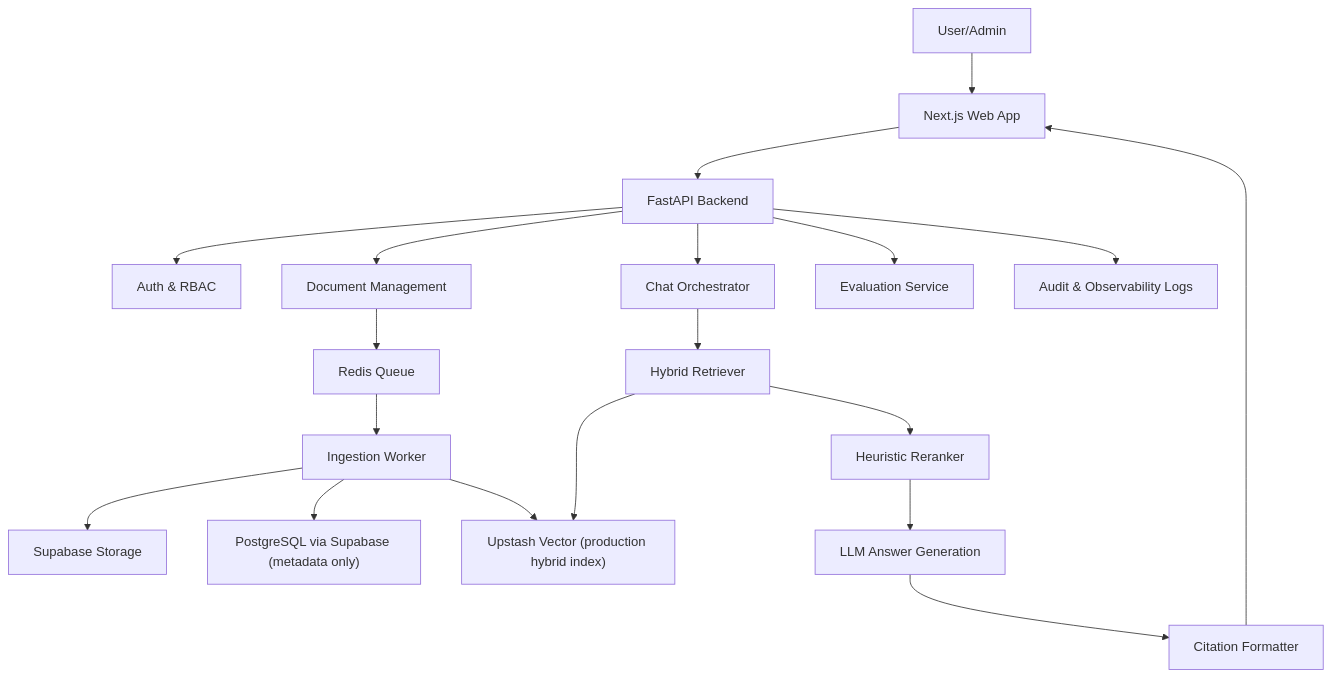
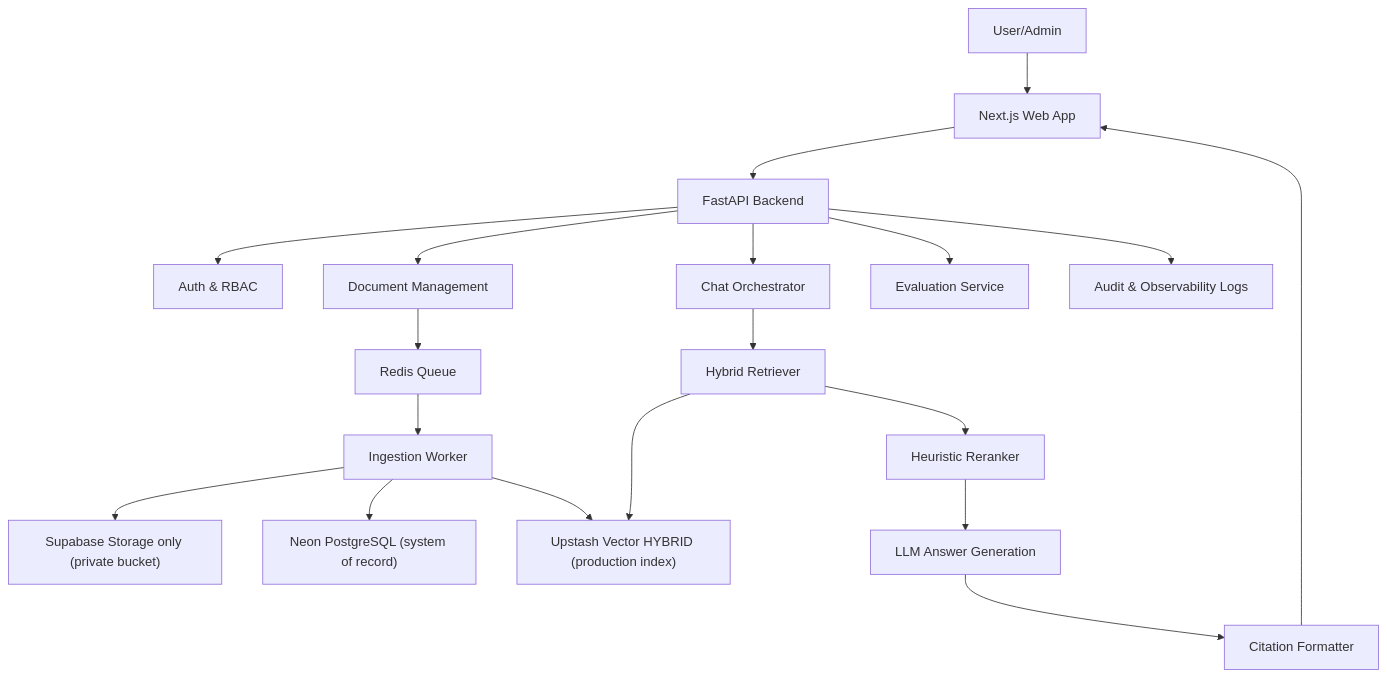
Before and after one commit to alfandoo/kerjapedia-ai: the first of 3 diagrams in docs/ARCHITECTURE.md, drawn with Mermaid. The commit also changed other lines of this file and 108 other files, not shown here.

````diff
--- a/docs/ARCHITECTURE.md
+++ b/docs/ARCHITECTURE.md
@@ -7,21 +7,21 @@
 ```mermaid
 flowchart TD
     user["User/Admin"] --> web["Next.js Web App"]
     web --> api["FastAPI Backend"]
     api --> auth["Auth & RBAC"]
     api --> chat["Chat Orchestrator"]
     api --> docs["Document Management"]
     api --> eval["Evaluation Service"]
     docs --> queue["Redis Queue"]
     queue --> worker["Ingestion Worker"]
-    worker --> object["Supabase Storage"]
-    worker --> postgres["PostgreSQL via Supabase (metadata only)"]
-    worker --> upstash["Upstash Vector (production hybrid index)"]
+    worker --> object["Supabase Storage only (private bucket)"]
+    worker --> postgres["Neon PostgreSQL (system of record)"]
+    worker --> upstash["Upstash Vector HYBRID (production index)"]
     chat --> retriever["Hybrid Retriever"]
     retriever --> upstash
     retriever --> reranker["Heuristic Reranker"]
     reranker --> llm["LLM Answer Generation"]
     llm --> citations["Citation Formatter"]
     citations --> web
     api --> audit["Audit & Observability Logs"]
 ```
````
